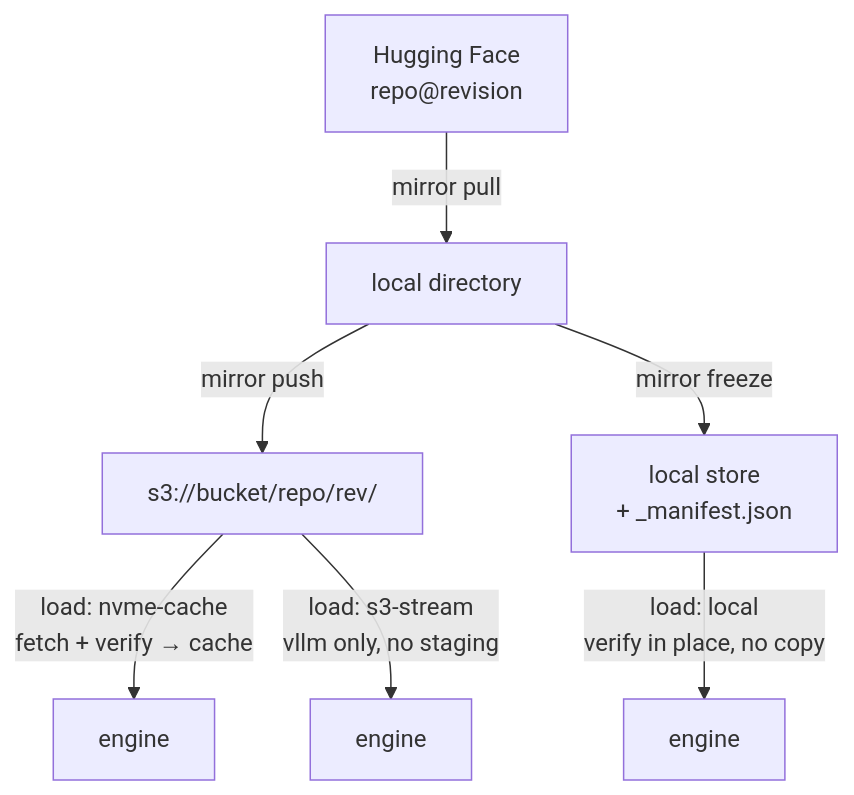
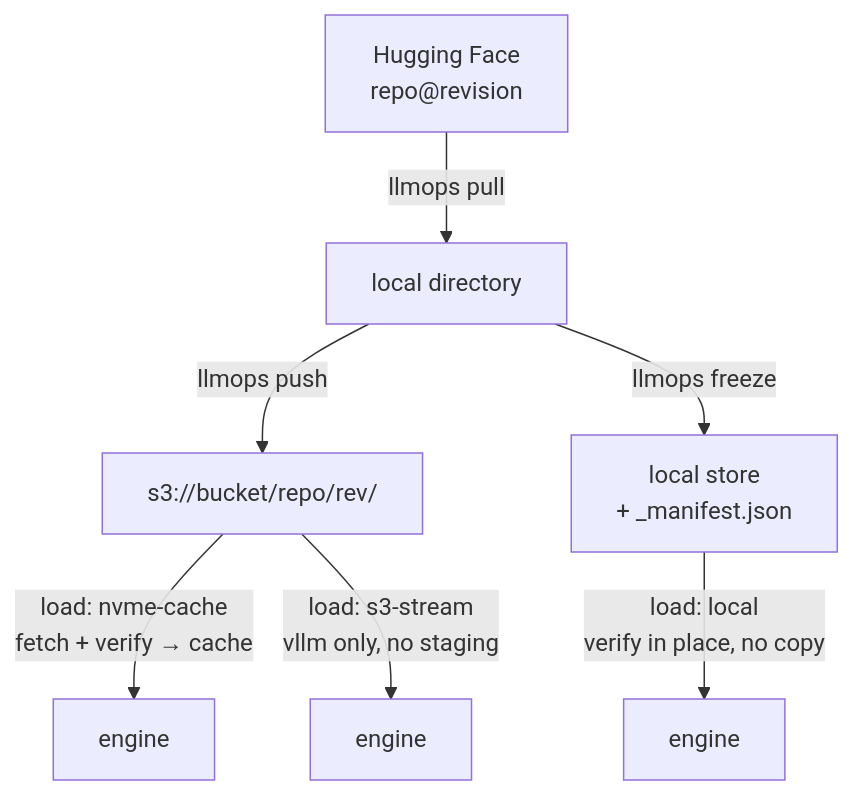
One commit to latere-ai/llmops changed the diagram in specs/021-local-weight-loading.md. Above: the diagram before and after it, drawn with Mermaid. The commit also changed other lines of this file and 11 other files, not shown here.

````diff
--- a/specs/021-local-weight-loading.md
+++ b/specs/021-local-weight-loading.md
@@ -138,11 +138,11 @@
 ```mermaid
 flowchart TB
   HF["Hugging Face<br/>repo@revision"]
-  HF -->|"mirror pull"| DIR["local directory"]
-  DIR -->|"mirror push"| S3["s3://bucket/repo/rev/"]
-  DIR -->|"mirror freeze"| LOC["local store<br/>+ _manifest.json"]
+  HF -->|"llmops pull"| DIR["local directory"]
+  DIR -->|"llmops push"| S3["s3://bucket/repo/rev/"]
+  DIR -->|"llmops freeze"| LOC["local store<br/>+ _manifest.json"]
 
   S3 -->|"load: nvme-cache<br/>fetch + verify → cache"| E1["engine"]
   S3 -->|"load: s3-stream<br/>vllm only, no staging"| E2["engine"]
   LOC -->|"load: local<br/>verify in place, no copy"| E3["engine"]
 ```
````
